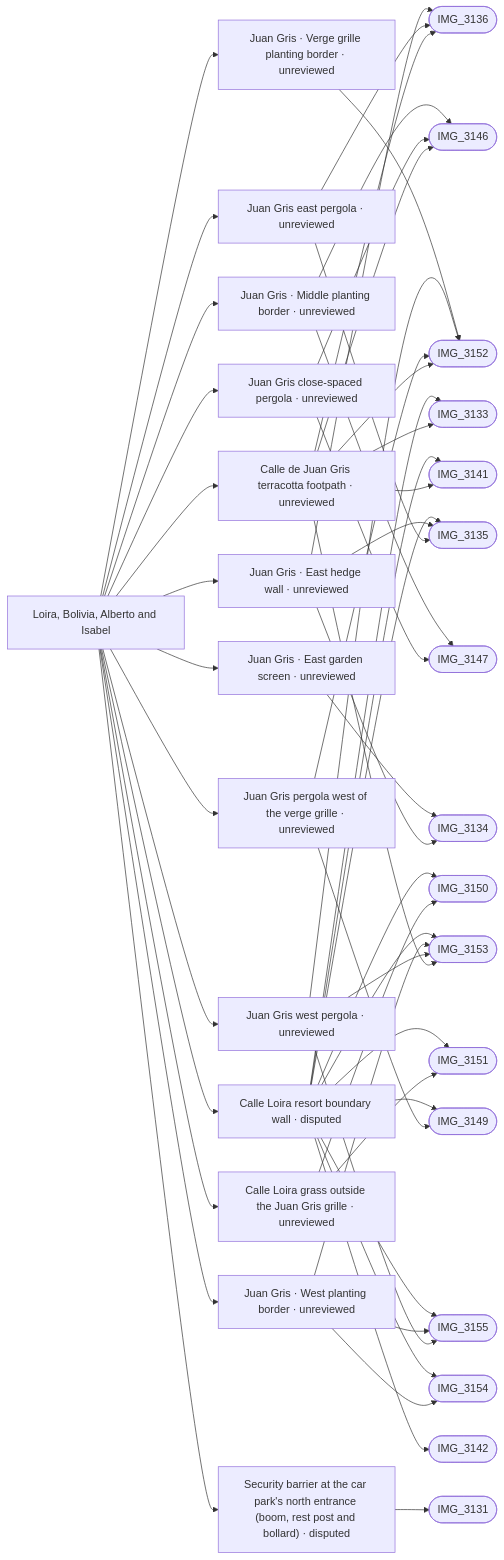
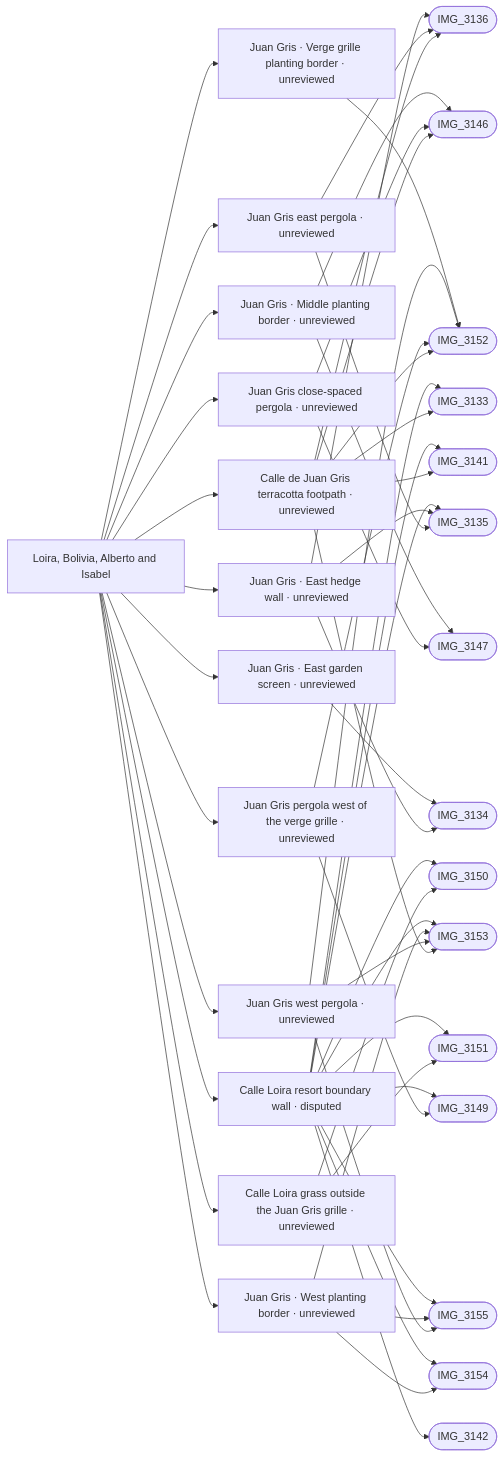
The diagram in refs/areas/north-lanes.md (daveyboyc/villacana-venture), drawn with Mermaid before and after one commit. The commit also changed other lines of this file and 33 other files, not shown here.

First line of the commit message:
Car-park barriers: renders, photo check and references for both barriers

````diff
--- a/refs/areas/north-lanes.md
+++ b/refs/areas/north-lanes.md
@@ -37,55 +37,53 @@
 ```mermaid
 graph LR
   A["Loira, Bolivia, Alberto and Isabel"]
   A --> F0["Calle de Juan Gris terracotta footpath · unreviewed"]
   F0 --> PIMG_3133_jpg(["IMG_3133"])
   F0 --> PIMG_3136_jpg(["IMG_3136"])
   F0 --> PIMG_3141_jpg(["IMG_3141"])
   F0 --> PIMG_3146_jpg(["IMG_3146"])
   F0 --> PIMG_3152_jpg(["IMG_3152"])
   F0 --> PIMG_3153_jpg(["IMG_3153"])
   A --> F1["Calle Loira grass outside the Juan Gris grille · unreviewed"]
   F1 --> PIMG_3150_jpg(["IMG_3150"])
   F1 --> PIMG_3151_jpg(["IMG_3151"])
   A --> F2["Juan Gris east pergola · unreviewed"]
   F2 --> PIMG_3135_jpg(["IMG_3135"])
   F2 --> PIMG_3136_jpg(["IMG_3136"])
   A --> F3["Juan Gris pergola west of the verge grille · unreviewed"]
   F3 --> PIMG_3149_jpg(["IMG_3149"])
   F3 --> PIMG_3152_jpg(["IMG_3152"])
   A --> F4["Juan Gris close-spaced pergola · unreviewed"]
   F4 --> PIMG_3146_jpg(["IMG_3146"])
   F4 --> PIMG_3147_jpg(["IMG_3147"])
   A --> F5["Juan Gris west pergola · unreviewed"]
   F5 --> PIMG_3152_jpg(["IMG_3152"])
   F5 --> PIMG_3153_jpg(["IMG_3153"])
   F5 --> PIMG_3155_jpg(["IMG_3155"])
   A --> F6["Juan Gris · East hedge wall · unreviewed"]
   F6 --> PIMG_3134_jpg(["IMG_3134"])
   F6 --> PIMG_3135_jpg(["IMG_3135"])
   F6 --> PIMG_3136_jpg(["IMG_3136"])
   A --> F7["Juan Gris · East garden screen · unreviewed"]
   F7 --> PIMG_3134_jpg(["IMG_3134"])
   A --> F8["Juan Gris · Verge grille planting border · unreviewed"]
   F8 --> PIMG_3152_jpg(["IMG_3152"])
   A --> F9["Juan Gris · Middle planting border · unreviewed"]
   F9 --> PIMG_3146_jpg(["IMG_3146"])
   F9 --> PIMG_3147_jpg(["IMG_3147"])
   A --> F10["Juan Gris · West planting border · unreviewed"]
   F10 --> PIMG_3153_jpg(["IMG_3153"])
   F10 --> PIMG_3154_jpg(["IMG_3154"])
   F10 --> PIMG_3155_jpg(["IMG_3155"])
   A --> F11["Calle Loira resort boundary wall · disputed"]
   F11 --> PIMG_3133_jpg(["IMG_3133"])
   F11 --> PIMG_3135_jpg(["IMG_3135"])
   F11 --> PIMG_3141_jpg(["IMG_3141"])
   F11 --> PIMG_3142_jpg(["IMG_3142"])
   F11 --> PIMG_3149_jpg(["IMG_3149"])
   F11 --> PIMG_3150_jpg(["IMG_3150"])
   F11 --> PIMG_3151_jpg(["IMG_3151"])
   F11 --> PIMG_3153_jpg(["IMG_3153"])
   F11 --> PIMG_3154_jpg(["IMG_3154"])
   F11 --> PIMG_3155_jpg(["IMG_3155"])
-  A --> F12["Security barrier at the car park's north entrance (boom, rest post and bollard) · disputed"]
-  F12 --> PIMG_3131_jpg(["IMG_3131"])
 ```
````
